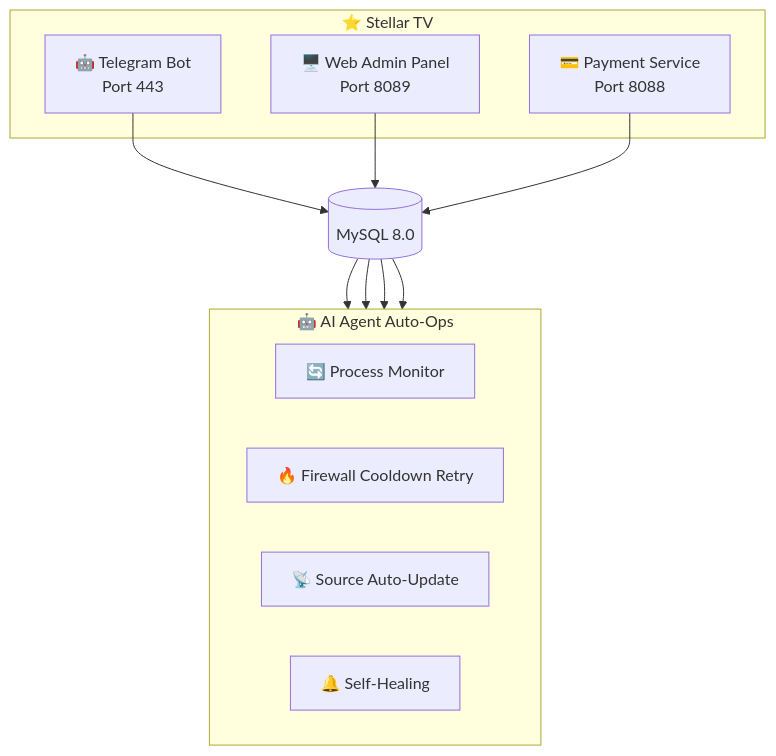
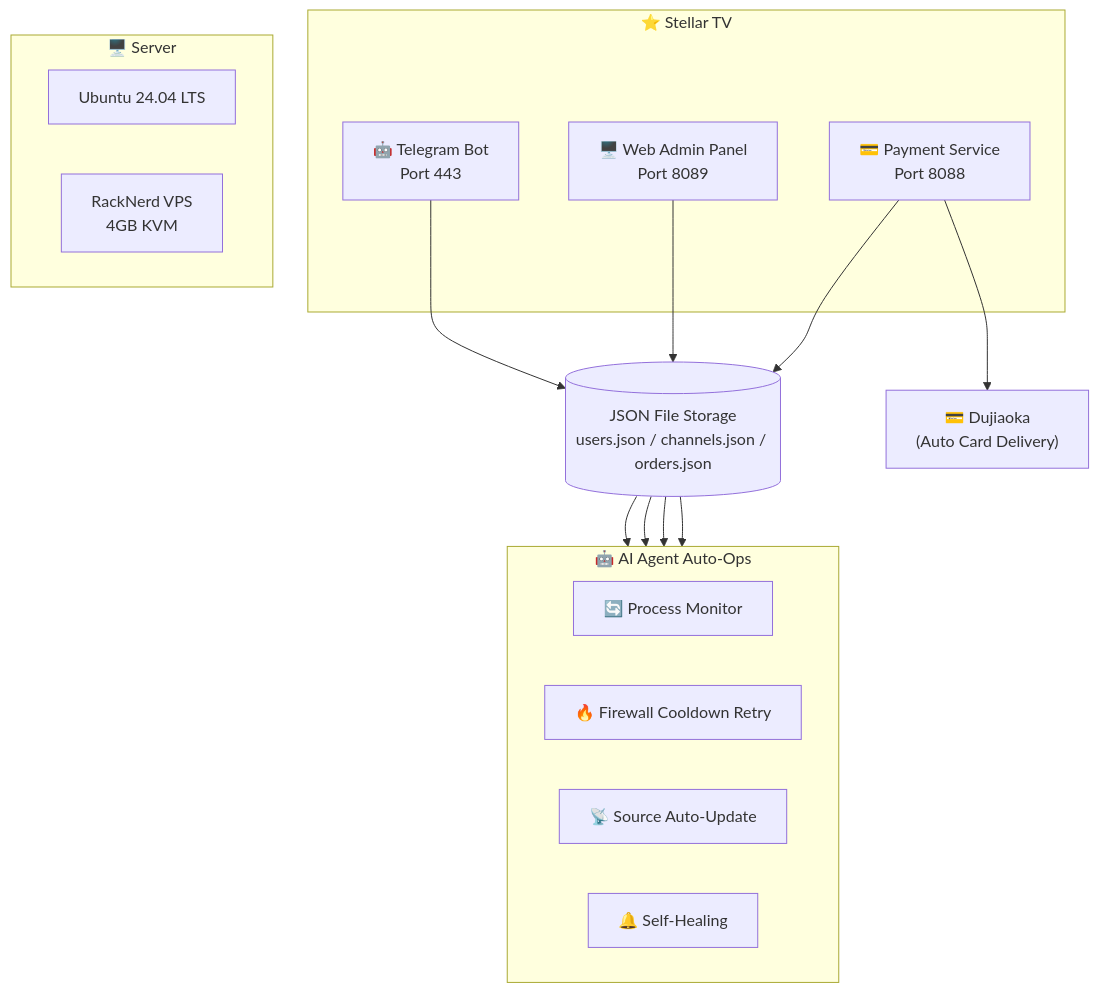
One commit to xkmuzili/starchen-iptv changed the diagram in README_EN.md. Above: the diagram before and after it, drawn with Mermaid. The commit also changed other lines of this file and 4 other files, not shown here.

````diff
--- a/README_EN.md
+++ b/README_EN.md
@@ -130,25 +130,33 @@
 ```mermaid
 graph TB
     subgraph StellarTV["⭐ Stellar TV"]
         Bot["🤖 Telegram Bot<br/>Port 443"]
         Web["🖥️ Web Admin Panel<br/>Port 8089"]
         Pay["💳 Payment Service<br/>Port 8088"]
     end
 
-    Bot --> DB[("MySQL 8.0")]
+    Bot --> DB[("JSON File Storage<br/>users.json / channels.json / orders.json")]
     Web --> DB
     Pay --> DB
+
+    Pay --> PG["💳 Dujiaoka<br/>(Auto Card Delivery)"]
+
+    subgraph Server["🖥️ Server"]
+        direction LR
+        OS["Ubuntu 24.04 LTS"]
+        VPS["RackNerd VPS<br/>4GB KVM"]
+    end
 
     subgraph AIAgent["🤖 AI Agent Auto-Ops"]
         direction LR
         E["🔄 Process Monitor"]
         F["🔥 Firewall Cooldown Retry"]
         G["📡 Source Auto-Update"]
         H["🔔 Self-Healing"]
     end
 
     DB --> E
     DB --> F
     DB --> G
     DB --> H
 ```
````
